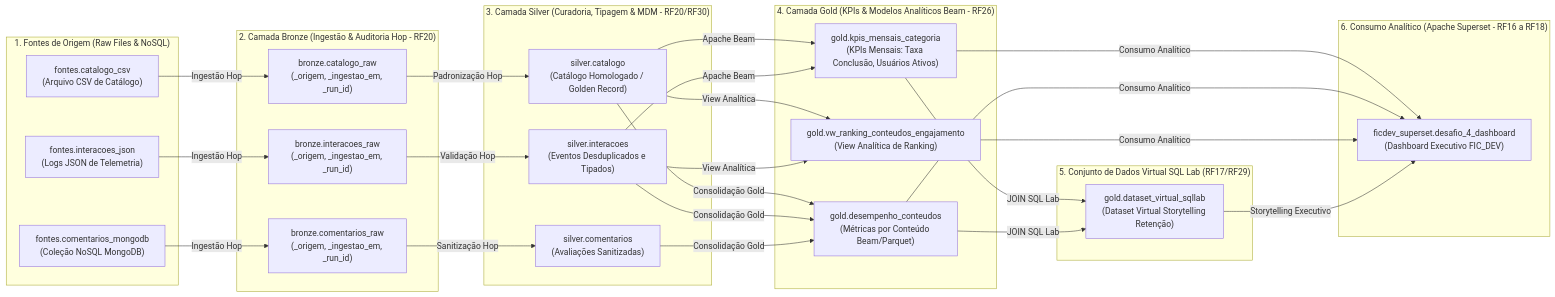
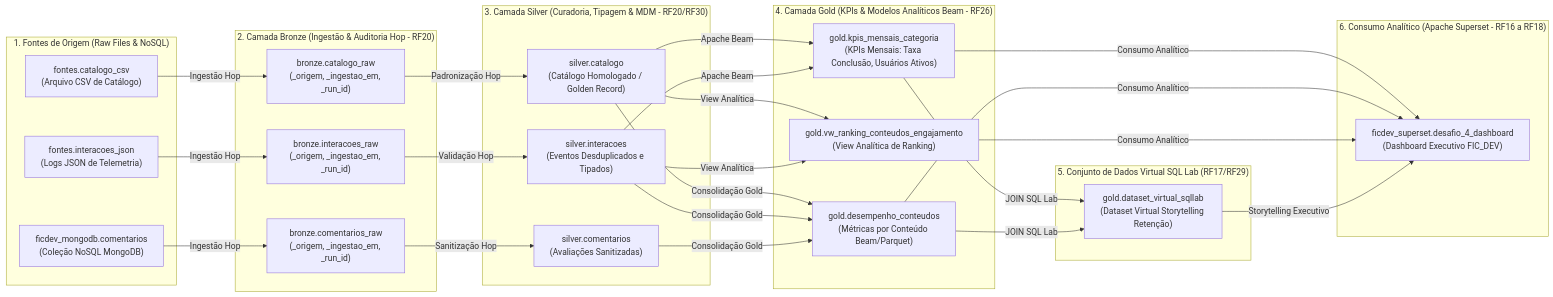
Before and after one commit to Gabriel-M-Branco/desafio-04-Fundamentos-de-Dados-para-IA: the diagram in documentacao/governanca_openmetadata.md, drawn with Mermaid. The commit also changed other lines of this file and 10 other files, not shown here.

````diff
--- a/documentacao/governanca_openmetadata.md
+++ b/documentacao/governanca_openmetadata.md
@@ -25,63 +25,63 @@
 ```mermaid
 graph LR
     subgraph S1["1. Fontes de Origem (Raw Files & NoSQL)"]
         F1["fontes.catalogo_csv<br/>(Arquivo CSV de Catálogo)"]
         F2["fontes.interacoes_json<br/>(Logs JSON de Telemetria)"]
-        F3["fontes.comentarios_mongodb<br/>(Coleção NoSQL MongoDB)"]
+        F3["ficdev_mongodb.comentarios<br/>(Coleção NoSQL MongoDB)"]
     end
 
     subgraph S2["2. Camada Bronze (Ingestão & Auditoria Hop - RF20)"]
         B1["bronze.catalogo_raw<br/>(_origem, _ingestao_em, _run_id)"]
         B2["bronze.interacoes_raw<br/>(_origem, _ingestao_em, _run_id)"]
         B3["bronze.comentarios_raw<br/>(_origem, _ingestao_em, _run_id)"]
     end
 
     subgraph S3["3. Camada Silver (Curadoria, Tipagem & MDM - RF20/RF30)"]
         SIL1["silver.catalogo<br/>(Catálogo Homologado / Golden Record)"]
         SIL2["silver.interacoes<br/>(Eventos Desduplicados e Tipados)"]
         SIL3["silver.comentarios<br/>(Avaliações Sanitizadas)"]
     end
 
     subgraph S4["4. Camada Gold (KPIs & Modelos Analíticos Beam - RF26)"]
         G1["gold.kpis_mensais_categoria<br/>(KPIs Mensais: Taxa Conclusão, Usuários Ativos)"]
         G2["gold.desempenho_conteudos<br/>(Métricas por Conteúdo Beam/Parquet)"]
         G3["gold.vw_ranking_conteudos_engajamento<br/>(View Analítica de Ranking)"]
     end
 
     subgraph S5["5. Conjunto de Dados Virtual SQL Lab (RF17/RF29)"]
         SQLV["gold.dataset_virtual_sqllab<br/>(Dataset Virtual Storytelling Retenção)"]
     end
 
     subgraph S6["6. Consumo Analítico (Apache Superset - RF16 a RF18)"]
         DASH["ficdev_superset.desafio_4_dashboard<br/>(Dashboard Executivo FIC_DEV)"]
     end
 
     %% Etapa 1 -> 2
     F1 -->|Ingestão Hop| B1
     F2 -->|Ingestão Hop| B2
     F3 -->|Ingestão Hop| B3
 
     %% Etapa 2 -> 3
     B1 -->|Padronização Hop| SIL1
     B2 -->|Validação Hop| SIL2
     B3 -->|Sanitização Hop| SIL3
 
     %% Etapa 3 -> 4
     SIL1 -->|Apache Beam| G1
     SIL2 -->|Apache Beam| G1
     SIL1 -->|Consolidação Gold| G2
     SIL2 -->|Consolidação Gold| G2
     SIL3 -->|Consolidação Gold| G2
     SIL1 -->|View Analítica| G3
     SIL2 -->|View Analítica| G3
 
     %% Etapa 4 -> 5 (SQL Lab Virtual Dataset)
     G1 -->|JOIN SQL Lab| SQLV
     G2 -->|JOIN SQL Lab| SQLV
 
     %% Etapa 5 -> 6 (Dashboard Superset)
     G1 -->|Consumo Analítico| DASH
     G2 -->|Consumo Analítico| DASH
     G3 -->|Consumo Analítico| DASH
     SQLV -->|Storytelling Executivo| DASH
 ```
````
